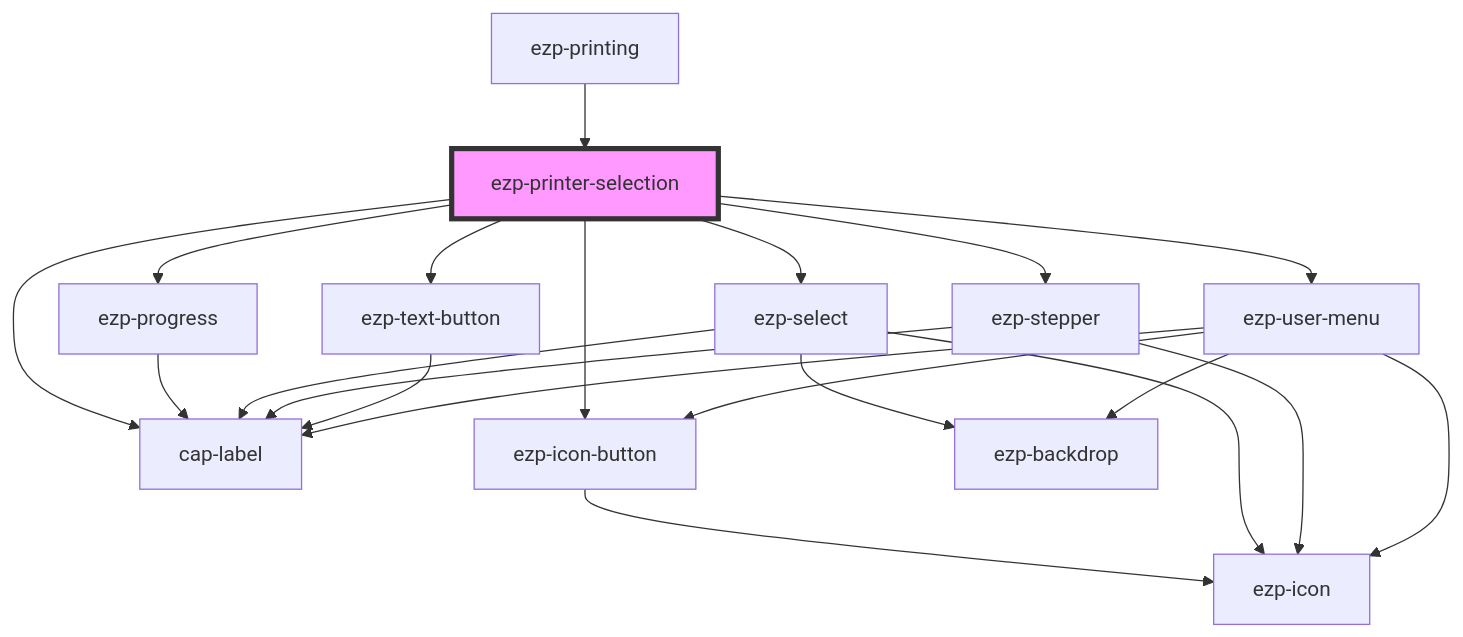
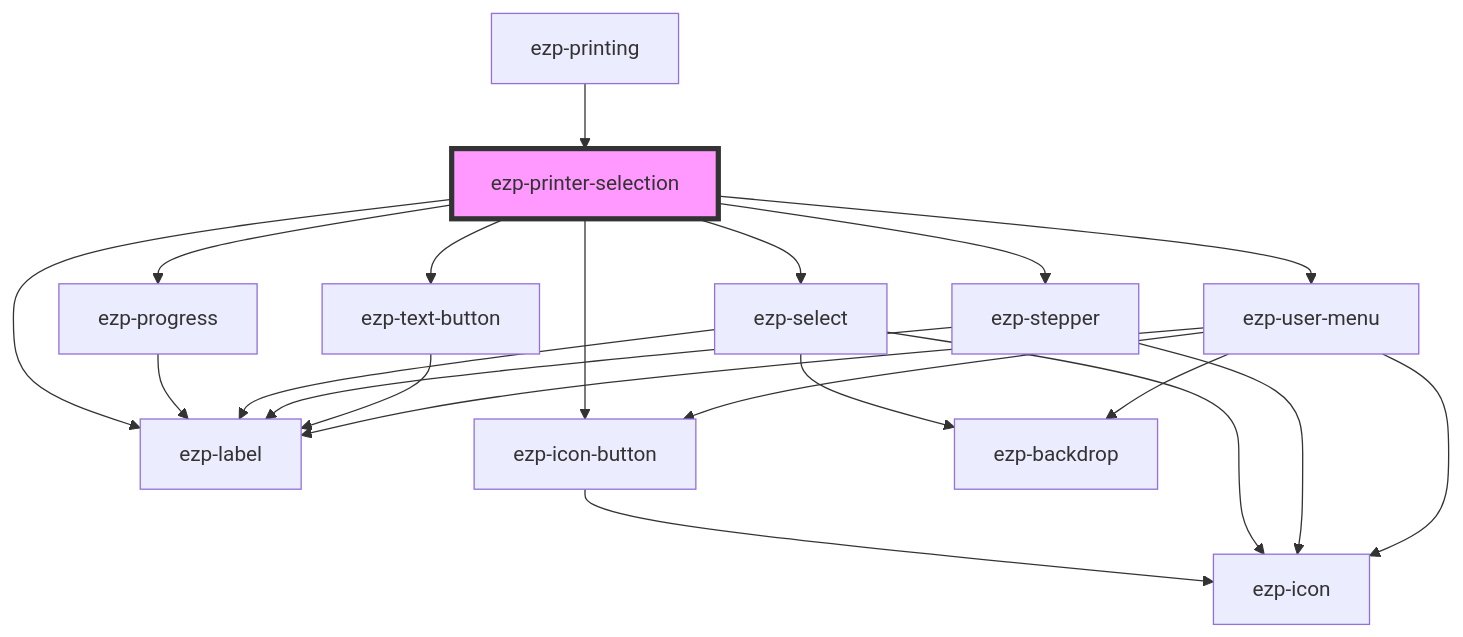
One commit to ezeep/ezeep-js changed the diagram in src/components/ezp-printer-selection/readme.md. Above: the diagram before and after it, drawn with Mermaid. The commit also changed other lines of this file and 42 other files, not shown here.

````diff
--- a/src/components/ezp-printer-selection/readme.md
+++ b/src/components/ezp-printer-selection/readme.md
@@ -40,24 +40,24 @@
 ```mermaid
 graph TD;
   ezp-printer-selection --> ezp-progress
-  ezp-printer-selection --> cap-label
+  ezp-printer-selection --> ezp-label
   ezp-printer-selection --> ezp-icon-button
   ezp-printer-selection --> ezp-select
   ezp-printer-selection --> ezp-stepper
   ezp-printer-selection --> ezp-text-button
   ezp-printer-selection --> ezp-user-menu
-  ezp-progress --> cap-label
+  ezp-progress --> ezp-label
   ezp-icon-button --> ezp-icon
   ezp-select --> ezp-backdrop
   ezp-select --> ezp-icon
-  ezp-select --> cap-label
-  ezp-stepper --> cap-label
+  ezp-select --> ezp-label
+  ezp-stepper --> ezp-label
   ezp-stepper --> ezp-icon
-  ezp-text-button --> cap-label
+  ezp-text-button --> ezp-label
   ezp-user-menu --> ezp-backdrop
-  ezp-user-menu --> cap-label
+  ezp-user-menu --> ezp-label
   ezp-user-menu --> ezp-icon-button
   ezp-user-menu --> ezp-icon
   ezp-printing --> ezp-printer-selection
   style ezp-printer-selection fill:#f9f,stroke:#333,stroke-width:4px
 ```
````
